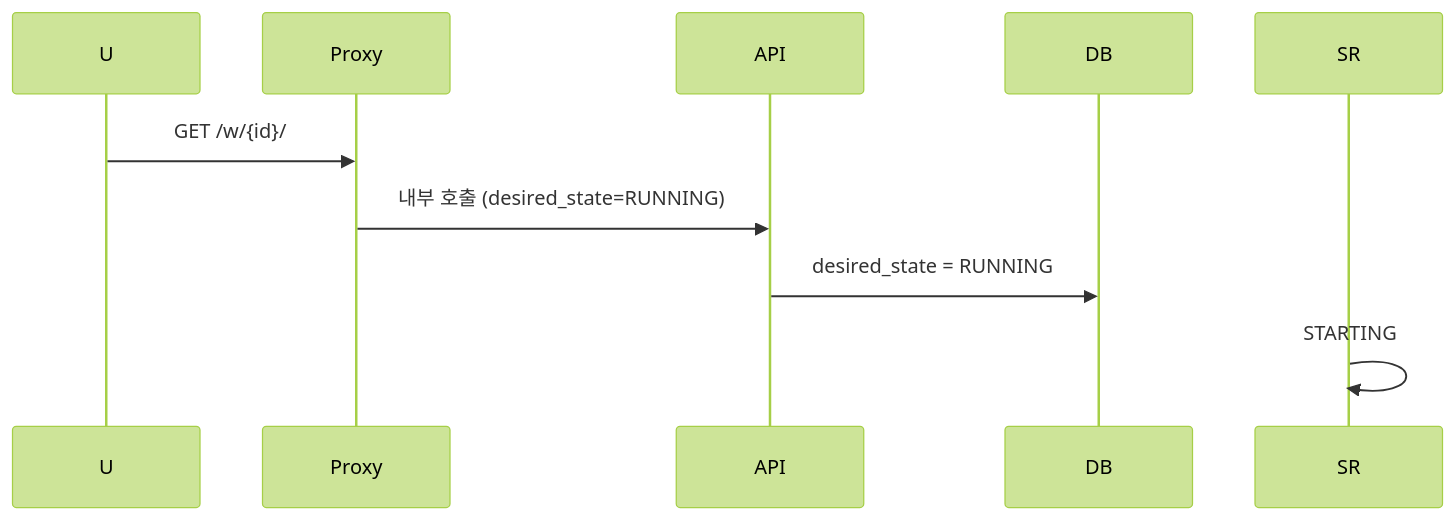
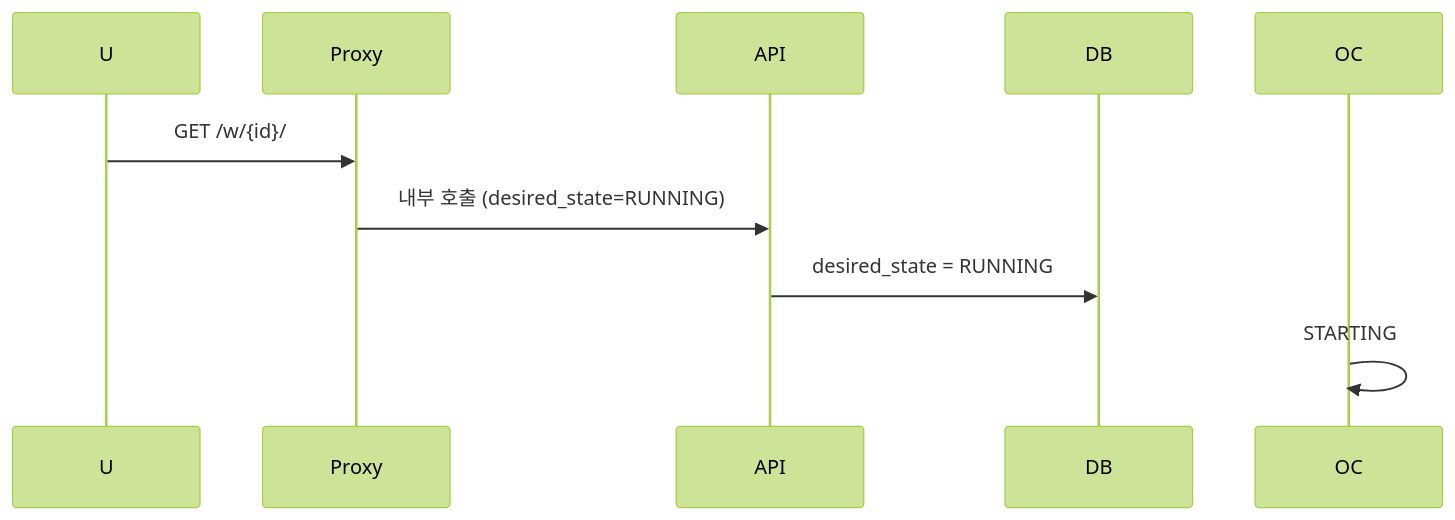
Before and after one commit to cagojeiger/code-hub: the fifth of 7 diagrams in docs/spec_v2/02-states.md, drawn with Mermaid (forest theme). The commit also changed other lines of this file and 6 other files, not shown here.

````diff
--- a/docs/spec_v2/02-states.md
+++ b/docs/spec_v2/02-states.md
@@ -288,7 +288,7 @@
 ```mermaid
 sequenceDiagram
     U->>Proxy: GET /w/{id}/
     Proxy->>API: 내부 호출 (desired_state=RUNNING)
     API->>DB: desired_state = RUNNING
-    SR->>SR: STARTING
+    OC->>OC: STARTING
 ```
````
